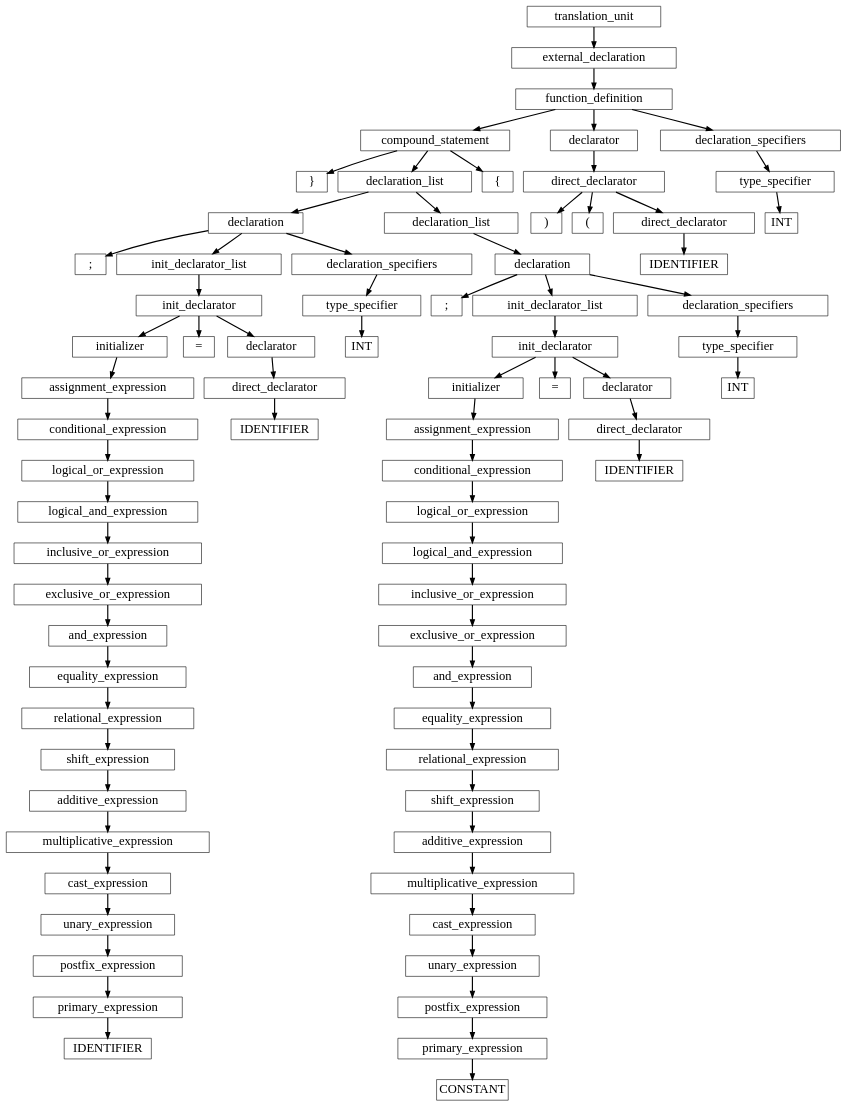
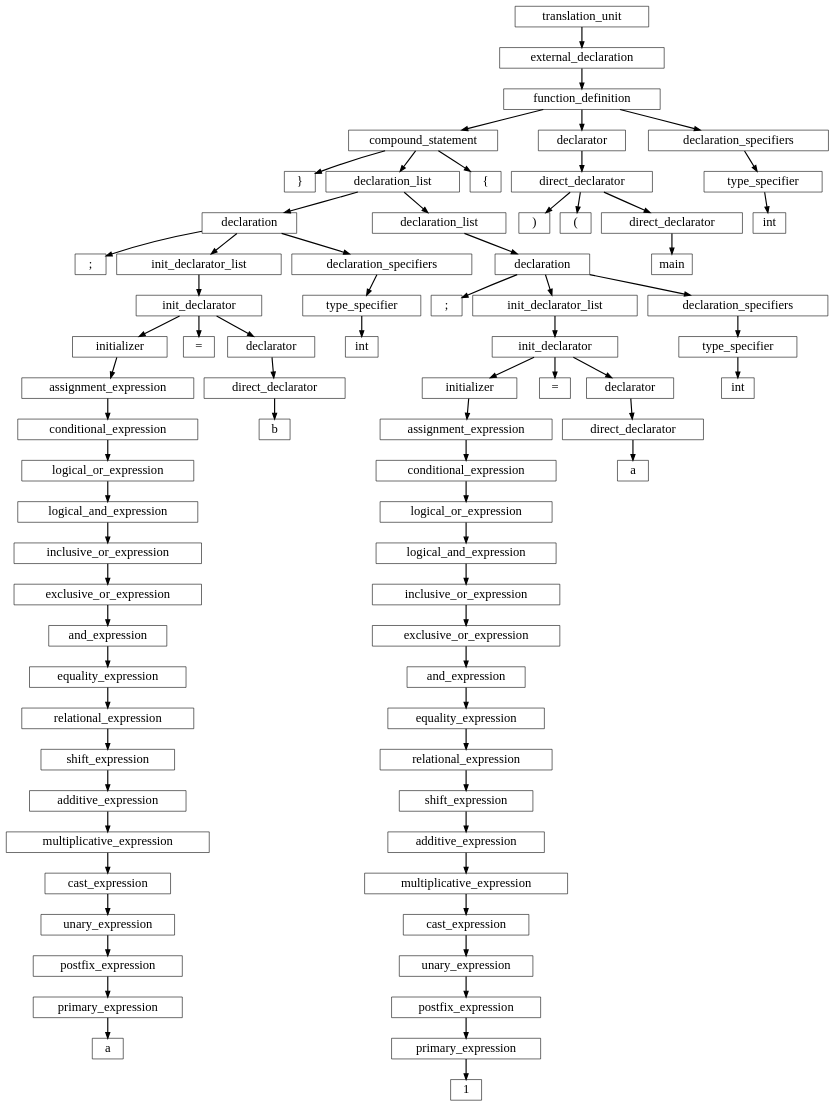
The diagram in asset/tree.dot (SleepinWei/compiler), drawn with Graphviz before and after one commit. The commit also changed 7 other files, not shown here.

```diff
--- a/asset/tree.dot
+++ b/asset/tree.dot
@@ -1,155 +1,155 @@
 digraph btree{
 size = " 50, 50"; 
 fontsize = 10; 
 node [shape=box, fontsize=22, fontname=Consolas];
 edge [style=bold]
--1215641888[label="translation_unit"];
--1215641888->-1215643616;
--1215643616[label="external_declaration"];
--1215643616->-1215644960;
--1215644960[label="function_definition"];
--1215644960->-1215643808;
--1215643808[label="compound_statement"];
--1215643808->-1215645536;
--1215645536[label="}"];
--1215643808->-1215645344;
--1215645344[label="declaration_list"];
--1215645344->-1215645728;
--1215645728[label="declaration"];
--1215645728->-1215642272;
--1215642272[label=";"];
--1215645728->-1215643040;
--1215643040[label="init_declarator_list"];
--1215643040->-1215644768;
--1215644768[label="init_declarator"];
--1215644768->-1215645920;
--1215645920[label="initializer"];
--1215645920->-1215646496;
--1215646496[label="assignment_expression"];
--1215646496->-1215646688;
--1215646688[label="conditional_expression"];
--1215646688->-1215646880;
--1215646880[label="logical_or_expression"];
--1215646880->-1215644000;
--1215644000[label="logical_and_expression"];
--1215644000->-1215647264;
--1215647264[label="inclusive_or_expression"];
--1215647264->-1215647456;
--1215647456[label="exclusive_or_expression"];
--1215647456->-1215646304;
--1215646304[label="and_expression"];
--1215646304->-1215646112;
--1215646112[label="equality_expression"];
--1215646112->-1215649376;
--1215649376[label="relational_expression"];
--1215649376->-1215647648;
--1215647648[label="shift_expression"];
--1215647648->-1215648032;
--1215648032[label="additive_expression"];
--1215648032->-1215649568;
--1215649568[label="multiplicative_expression"];
--1215649568->-1215644192;
--1215644192[label="cast_expression"];
--1215644192->-1215644576;
--1215644576[label="unary_expression"];
--1215644576->-1215647840;
--1215647840[label="postfix_expression"];
--1215647840->-1215649760;
--1215649760[label="primary_expression"];
--1215649760->-1215648224;
--1215648224[label="IDENTIFIER"];
--1215644768->-1215648416;
--1215648416[label="="];
--1215644768->-1215645152;
--1215645152[label="declarator"];
--1215645152->-1215648800;
--1215648800[label="direct_declarator"];
--1215648800->-1215647072;
--1215647072[label="IDENTIFIER"];
--1215645728->-1215648608;
--1215648608[label="declaration_specifiers"];
--1215648608->-1215644384;
--1215644384[label="type_specifier"];
--1215644384->-1215649184;
--1215649184[label="INT"];
--1215645344->-1215700432;
--1215700432[label="declaration_list"];
--1215700432->-1215701008;
--1215701008[label="declaration"];
--1215701008->-1215701392;
--1215701392[label=";"];
--1215701008->-1215699856;
--1215699856[label="init_declarator_list"];
--1215699856->-1215700048;
--1215700048[label="init_declarator"];
--1215700048->-1215701968;
--1215701968[label="initializer"];
--1215701968->-1215702352;
--1215702352[label="assignment_expression"];
--1215702352->-1215700240;
--1215700240[label="conditional_expression"];
--1215700240->-1215702160;
--1215702160[label="logical_or_expression"];
--1215702160->-1215702544;
--1215702544[label="logical_and_expression"];
--1215702544->-1215702736;
--1215702736[label="inclusive_or_expression"];
--1215702736->-1215699472;
--1215699472[label="exclusive_or_expression"];
--1215699472->-1215702928;
--1215702928[label="and_expression"];
--1215702928->-1215699664;
--1215699664[label="equality_expression"];
--1215699664->-1215701584;
--1215701584[label="relational_expression"];
--1215701584->-1215703120;
--1215703120[label="shift_expression"];
--1215703120->-1215701200;
--1215701200[label="additive_expression"];
--1215701200->-1215700816;
--1215700816[label="multiplicative_expression"];
--1215700816->-1215701776;
--1215701776[label="cast_expression"];
--1215701776->-1215700624;
--1215700624[label="unary_expression"];
--1215700624->-1165738480;
--1165738480[label="postfix_expression"];
--1165738480->-1165738864;
--1165738864[label="primary_expression"];
--1165738864->-1165739248;
--1165739248[label="CONSTANT"];
--1215700048->-1165739440;
--1165739440[label="="];
--1215700048->-1165739632;
--1165739632[label="declarator"];
--1165739632->-1165739824;
--1165739824[label="direct_declarator"];
--1165739824->-1165740208;
--1165740208[label="IDENTIFIER"];
--1215701008->-1165741936;
--1165741936[label="declaration_specifiers"];
--1165741936->-1165740400;
--1165740400[label="type_specifier"];
--1165740400->-1165738288;
--1165738288[label="INT"];
--1215643808->-1165740592;
--1165740592[label="{"];
--1215644960->-1165738672;
--1165738672[label="declarator"];
--1165738672->-1165740976;
--1165740976[label="direct_declarator"];
--1165740976->-1165741168;
--1165741168[label=")"];
--1165740976->-1165739056;
--1165739056[label="("];
--1165740976->-1165740784;
--1165740784[label="direct_declarator"];
--1165740784->-1165741360;
--1165741360[label="IDENTIFIER"];
--1215644960->-1165740016;
--1165740016[label="declaration_specifiers"];
--1165740016->-1165741744;
--1165741744[label="type_specifier"];
--1165741744->-1165741552;
--1165741552[label="INT"];
+-1039217088[label="translation_unit"];
+-1039217088->-1039220224;
+-1039220224[label="external_declaration"];
+-1039220224->-1039215744;
+-1039215744[label="function_definition"];
+-1039215744->-1039219104;
+-1039219104[label="compound_statement"];
+-1039219104->-1039925584;
+-1039925584[label="}"];
+-1039219104->-1039215072;
+-1039215072[label="declaration_list"];
+-1039215072->-1039248448;
+-1039248448[label="declaration"];
+-1039248448->-1039925808;
+-1039925808[label=";"];
+-1039248448->-1039248672;
+-1039248672[label="init_declarator_list"];
+-1039248672->-1039249344;
+-1039249344[label="init_declarator"];
+-1039249344->-1039249568;
+-1039249568[label="initializer"];
+-1039249568->-1039254944;
+-1039254944[label="assignment_expression"];
+-1039254944->-1039251136;
+-1039251136[label="conditional_expression"];
+-1039251136->-1039251360;
+-1039251360[label="logical_or_expression"];
+-1039251360->-1039255168;
+-1039255168[label="logical_and_expression"];
+-1039255168->-1039253824;
+-1039253824[label="inclusive_or_expression"];
+-1039253824->-1039250688;
+-1039250688[label="exclusive_or_expression"];
+-1039250688->-1039251584;
+-1039251584[label="and_expression"];
+-1039251584->-1039256064;
+-1039256064[label="equality_expression"];
+-1039256064->-1039250016;
+-1039250016[label="relational_expression"];
+-1039250016->-1039251808;
+-1039251808[label="shift_expression"];
+-1039251808->-1039255840;
+-1039255840[label="additive_expression"];
+-1039255840->-1039250464;
+-1039250464[label="multiplicative_expression"];
+-1039250464->-1039253600;
+-1039253600[label="cast_expression"];
+-1039253600->-1039255392;
+-1039255392[label="unary_expression"];
+-1039255392->-1039255616;
+-1039255616[label="postfix_expression"];
+-1039255616->-1039256288;
+-1039256288[label="primary_expression"];
+-1039256288->-1039926256;
+-1039926256[label="a"];
+-1039249344->-1039926480;
+-1039926480[label="="];
+-1039249344->-1039254048;
+-1039254048[label="declarator"];
+-1039254048->-1039252704;
+-1039252704[label="direct_declarator"];
+-1039252704->-1039926704;
+-1039926704[label="b"];
+-1039248448->-1039248896;
+-1039248896[label="declaration_specifiers"];
+-1039248896->-1039250240;
+-1039250240[label="type_specifier"];
+-1039250240->-1039926928;
+-1039926928[label="int"];
+-1039215072->-1039249120;
+-1039249120[label="declaration_list"];
+-1039249120->-1039252256;
+-1039252256[label="declaration"];
+-1039252256->-1039927152;
+-1039927152[label=";"];
+-1039252256->-1039252928;
+-1039252928[label="init_declarator_list"];
+-1039252928->-1039254496;
+-1039254496[label="init_declarator"];
+-1039254496->-1039252032;
+-1039252032[label="initializer"];
+-1039252032->-1039253376;
+-1039253376[label="assignment_expression"];
+-1039253376->-1039252480;
+-1039252480[label="conditional_expression"];
+-1039252480->-1039254272;
+-1039254272[label="logical_or_expression"];
+-1039254272->-1039249792;
+-1039249792[label="logical_and_expression"];
+-1039249792->-1039253152;
+-1039253152[label="inclusive_or_expression"];
+-1039253152->-1039250912;
+-1039250912[label="exclusive_or_expression"];
+-1039250912->-1039254720;
+-1039254720[label="and_expression"];
+-1039254720->-1039282464;
+-1039282464[label="equality_expression"];
+-1039282464->-1039283136;
+-1039283136[label="relational_expression"];
+-1039283136->-1039282240;
+-1039282240[label="shift_expression"];
+-1039282240->-1039283584;
+-1039283584[label="additive_expression"];
+-1039283584->-1039284032;
+-1039284032[label="multiplicative_expression"];
+-1039284032->-1039284256;
+-1039284256[label="cast_expression"];
+-1039284256->-1039282688;
+-1039282688[label="unary_expression"];
+-1039282688->-1039284704;
+-1039284704[label="postfix_expression"];
+-1039284704->-1039285600;
+-1039285600[label="primary_expression"];
+-1039285600->-1039927376;
+-1039927376[label="1"];
+-1039254496->-1039927600;
+-1039927600[label="="];
+-1039254496->-1039284928;
+-1039284928[label="declarator"];
+-1039284928->-1039283360;
+-1039283360[label="direct_declarator"];
+-1039283360->-1039928848;
+-1039928848[label="a"];
+-1039252256->-1039282016;
+-1039282016[label="declaration_specifiers"];
+-1039282016->-1039285152;
+-1039285152[label="type_specifier"];
+-1039285152->-1040109056;
+-1040109056[label="int"];
+-1039219104->-1040109280;
+-1040109280[label="{"];
+-1039215744->-1039285376;
+-1039285376[label="declarator"];
+-1039285376->-1039283808;
+-1039283808[label="direct_declarator"];
+-1039283808->-1040109504;
+-1040109504[label=")"];
+-1039283808->-1040102464;
+-1040102464[label="("];
+-1039283808->-1039282912;
+-1039282912[label="direct_declarator"];
+-1039282912->-1040102688;
+-1040102688[label="main"];
+-1039215744->-1039284480;
+-1039284480[label="declaration_specifiers"];
+-1039284480->-1039601600;
+-1039601600[label="type_specifier"];
+-1039601600->-1040022432;
+-1040022432[label="int"];
 }
```
